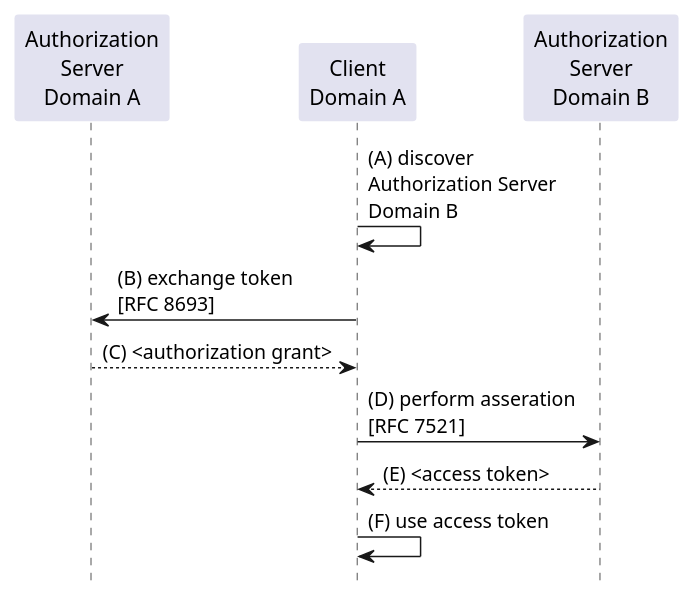
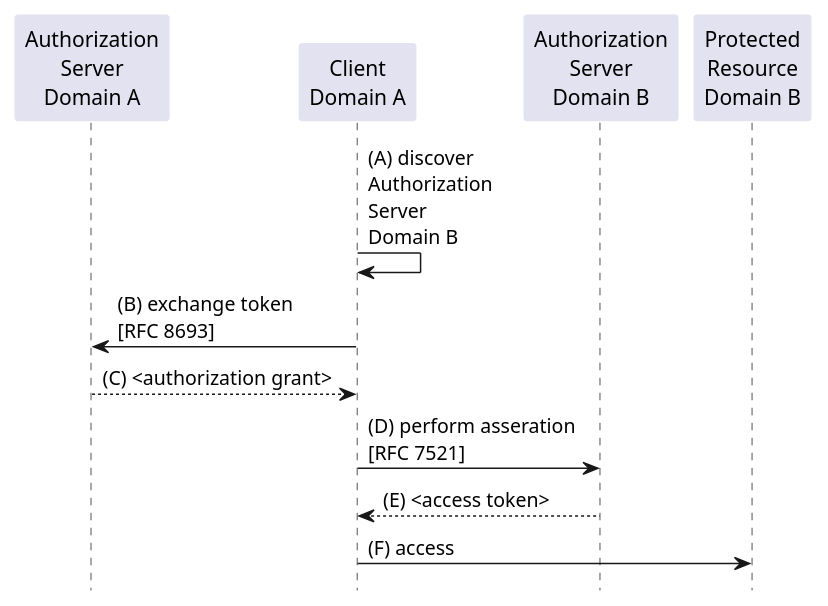
Before and after one commit to oauth-wg/oauth-identity-chaining: the diagram in diagrams/identity-chaining-flow.puml, drawn with PlantUML. The commit also changed 3 other files, not shown here.

```diff
--- a/diagrams/identity-chaining-flow.puml
+++ b/diagrams/identity-chaining-flow.puml
@@ -1,21 +1,24 @@
 @startuml "identity-chaining-flow"
 hide footbox
 skinparam {
     sequenceParticipantBorderThickness 0
 }
 
 participant ASa as "Authorization\nServer\nDomain A"
 participant client as "Client\nDomain A"
 participant ASb as "Authorization\nServer\nDomain B"
+participant pr as "Protected\nResource\nDomain B"
 
-client -> client: (A) discover\nAuthorization Server\nDomain B
+client -> client: (A) discover\nAuthorization\nServer\nDomain B
 
 client -> ASa: (B) exchange token\n[RFC 8693]
 return (C) <authorization grant>
 
 client -> ASb: (D) perform asseration\n[RFC 7521]
 return (E) <access token>
 
-client -> client: (F) use access token
+client -> pr: (F) access
+
+
 
 @enduml
```
